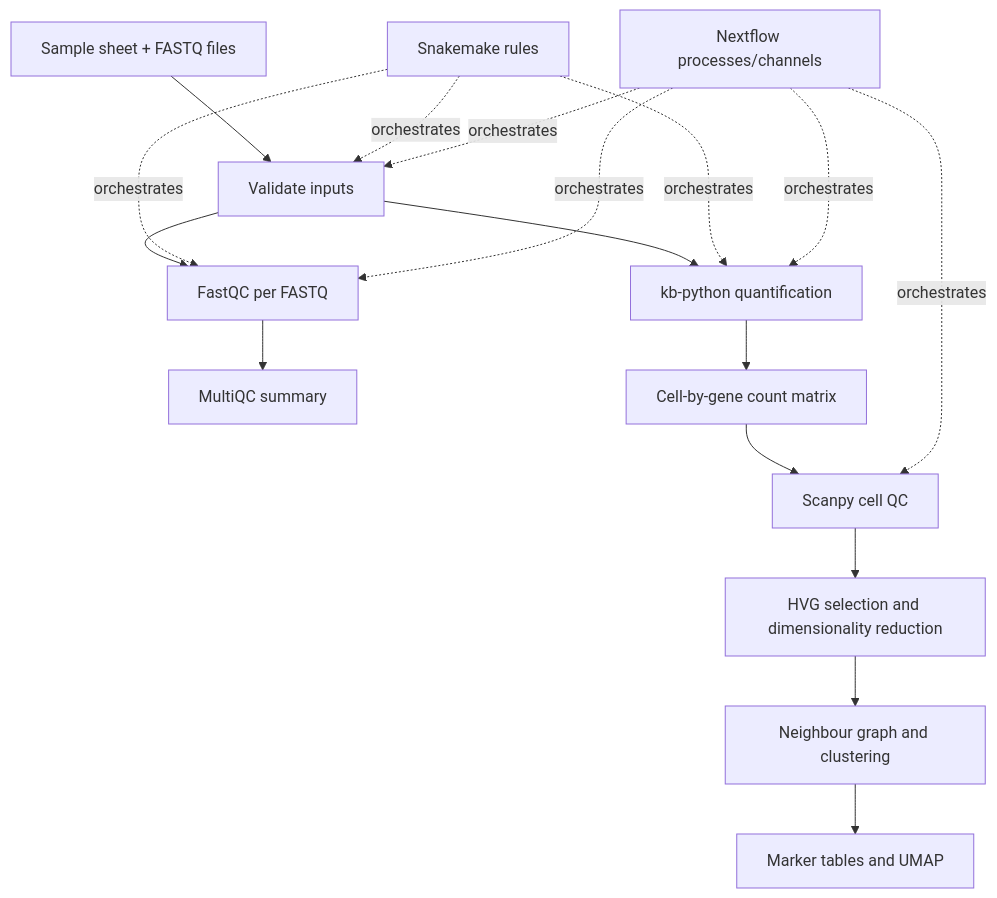
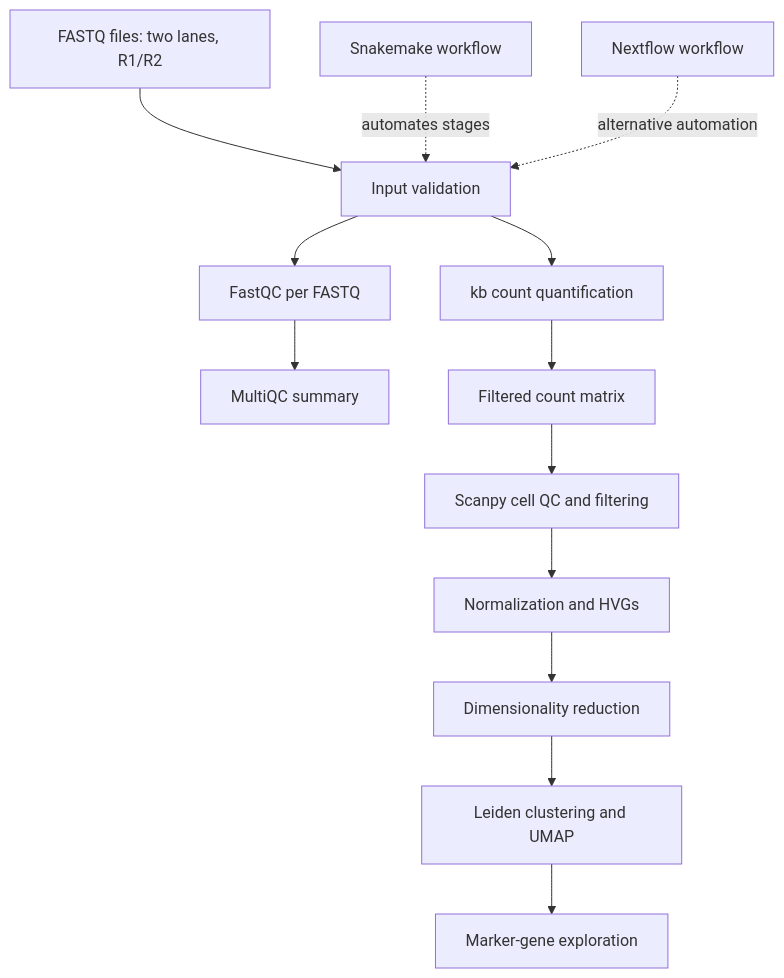
Before and after one commit to ANKUR77019/Reproducible-single-cell-RNA-seq-analysis-: the diagram in README.md, drawn with Mermaid. The commit also changed other lines of this file and 12 other files, not shown here.

````diff
--- a/README.md
+++ b/README.md
@@ -71,19 +25,15 @@
 ```mermaid
 flowchart TD
-    A[Sample sheet + FASTQ files] --> B[Validate inputs]
+    A[FASTQ files: two lanes, R1/R2] --> B[Input validation]
     B --> C[FastQC per FASTQ]
     C --> D[MultiQC summary]
-    B --> E[kb-python quantification]
-    E --> F[Cell-by-gene count matrix]
-    F --> G[Scanpy cell QC]
-    G --> H[HVG selection and dimensionality reduction]
-    H --> I[Neighbour graph and clustering]
-    I --> J[Marker tables and UMAP]
-    K[Snakemake rules] -. orchestrates .-> B
-    K -. orchestrates .-> C
-    K -. orchestrates .-> E
-    L[Nextflow processes/channels] -. orchestrates .-> B
-    L -. orchestrates .-> C
-    L -. orchestrates .-> E
-    L -. orchestrates .-> G
+    B --> E[kb count quantification]
+    E --> F[Filtered count matrix]
+    F --> G[Scanpy cell QC and filtering]
+    G --> H[Normalization and HVGs]
+    H --> I[Dimensionality reduction]
+    I --> J[Leiden clustering and UMAP]
+    J --> K[Marker-gene exploration]
+    L[Snakemake workflow] -. automates stages .-> B
+    M[Nextflow workflow] -. alternative automation .-> B
 ```
````
